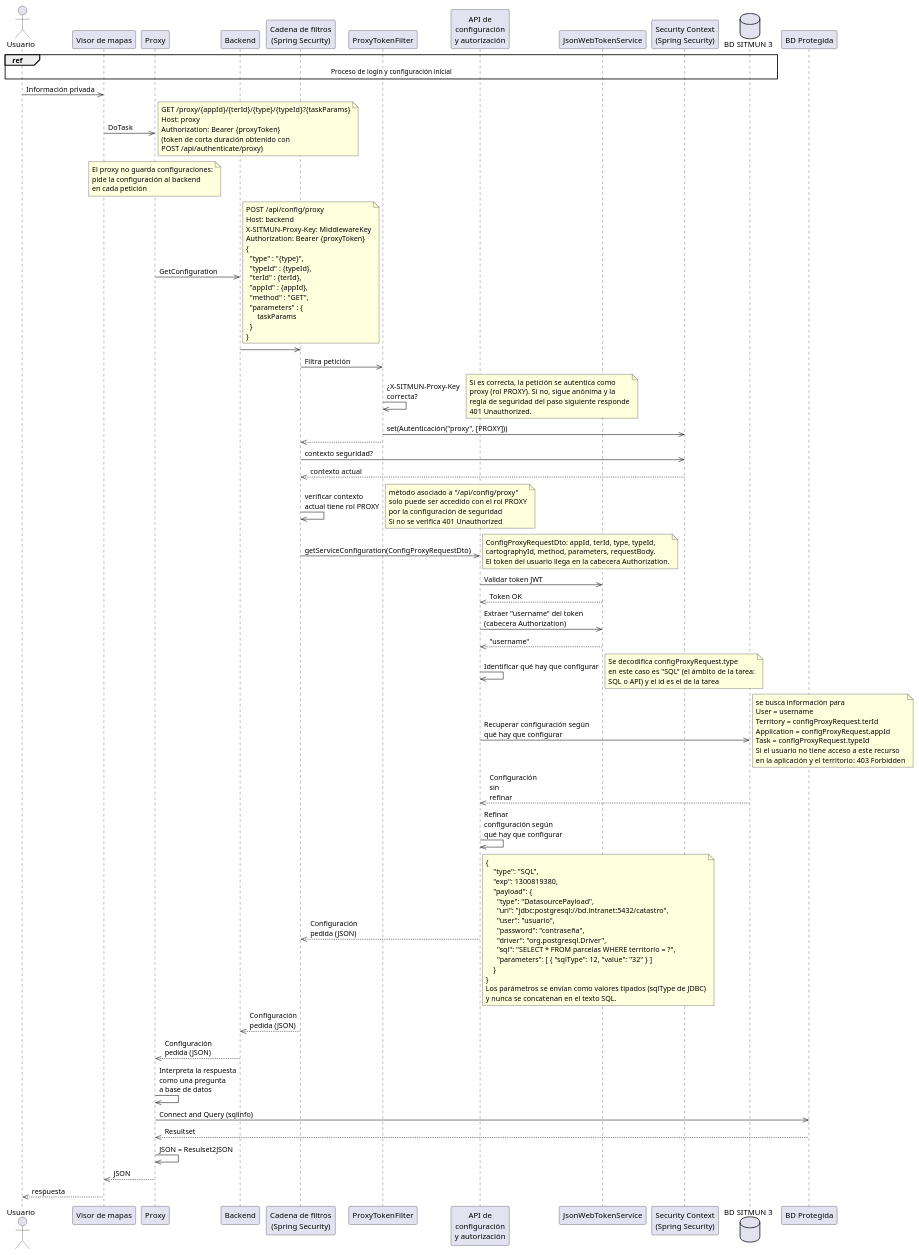
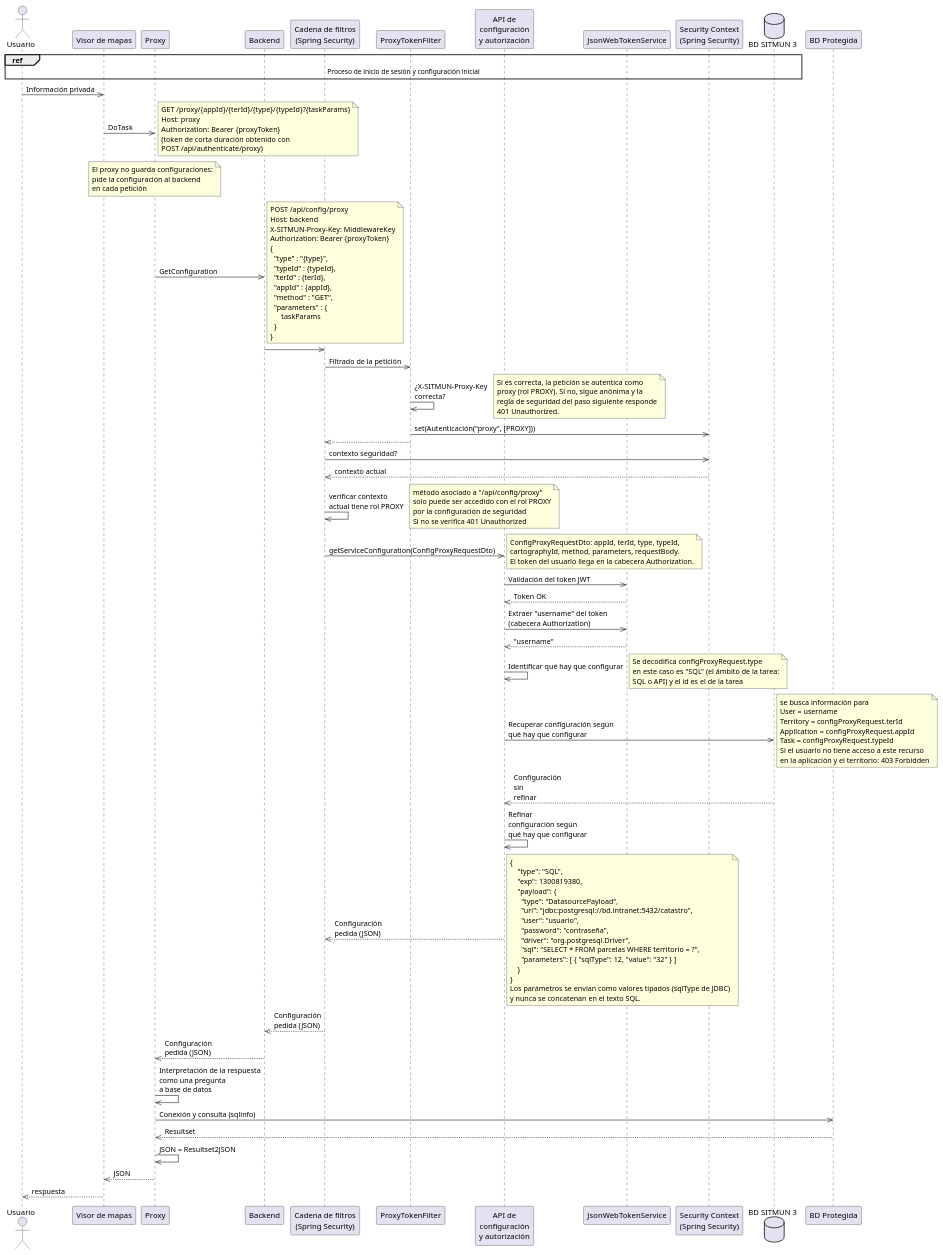
The fourth of 6 diagrams in docs/que-es-sitmun/plataforma/arquitectura/index.md (sitmun/sitmun.github.io), drawn with PlantUML before and after one commit. The commit also changed other lines of this file and 36 other files, not shown here.

```diff
--- a/docs/que-es-sitmun/plataforma/arquitectura/index.md
+++ b/docs/que-es-sitmun/plataforma/arquitectura/index.md
@@ -639,7 +643,7 @@
 database "BD SITMUN 3" as Database
 participant "BD Protegida" as ProtectedDatabase
 
-ref over Usuario, Database : Proceso de login y configuración inicial
+ref over Usuario, Database : Proceso de inicio de sesión y configuración inicial
 
 Usuario ->> Client: Información privada
 Client ->> Proxy: DoTask
@@ -674,7 +678,7 @@
 end note
 
 Backend ->> FilterChain:
-FilterChain ->> ProxyTokenFilter: Filtra petición
+FilterChain ->> ProxyTokenFilter: Filtrado de la petición
 ProxyTokenFilter ->> ProxyTokenFilter: ¿X-SITMUN-Proxy-Key\ncorrecta?
 note right
   Si es correcta, la petición se autentica como
@@ -699,7 +703,7 @@
   cartographyId, method, parameters, requestBody.
   El token del usuario llega en la cabecera Authorization.
 end note
-ConfigurationAPI ->> JsonWebTokenService: Validar token JWT
+ConfigurationAPI ->> JsonWebTokenService: Validación del token JWT
 JsonWebTokenService -->> ConfigurationAPI: Token OK
 ConfigurationAPI ->> JsonWebTokenService: Extraer "username" del token\n(cabecera Authorization)
 JsonWebTokenService -->> ConfigurationAPI: "username"
@@ -741,10 +745,10 @@
 end note
 FilterChain -->> Backend: Configuración\npedida (JSON)
 Backend -->> Proxy: Configuración\npedida (JSON)
-Proxy ->> Proxy: Interpreta la respuesta\ncomo una pregunta\na base de datos
-Proxy ->> ProtectedDatabase: Connect and Query (sqlinfo)
+Proxy ->> Proxy: Interpretación de la respuesta\ncomo una pregunta\na base de datos
+Proxy ->> ProtectedDatabase: Conexión y consulta (sqlinfo)
 ProtectedDatabase -->> Proxy: Resultset
-Proxy ->> Proxy: JSON = Resulset2JSON
+Proxy ->> Proxy: JSON = Resultset2JSON
 Proxy -->> Client: JSON
 Client -->> Usuario: respuesta
 
```
